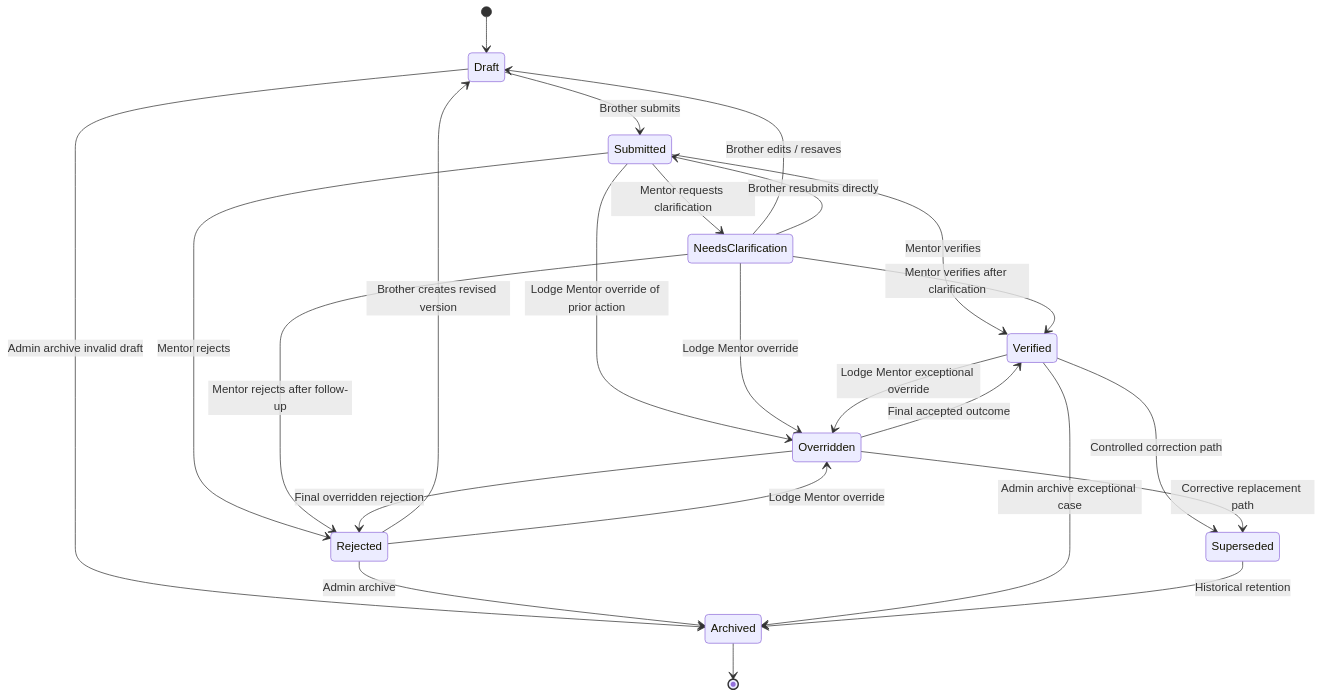
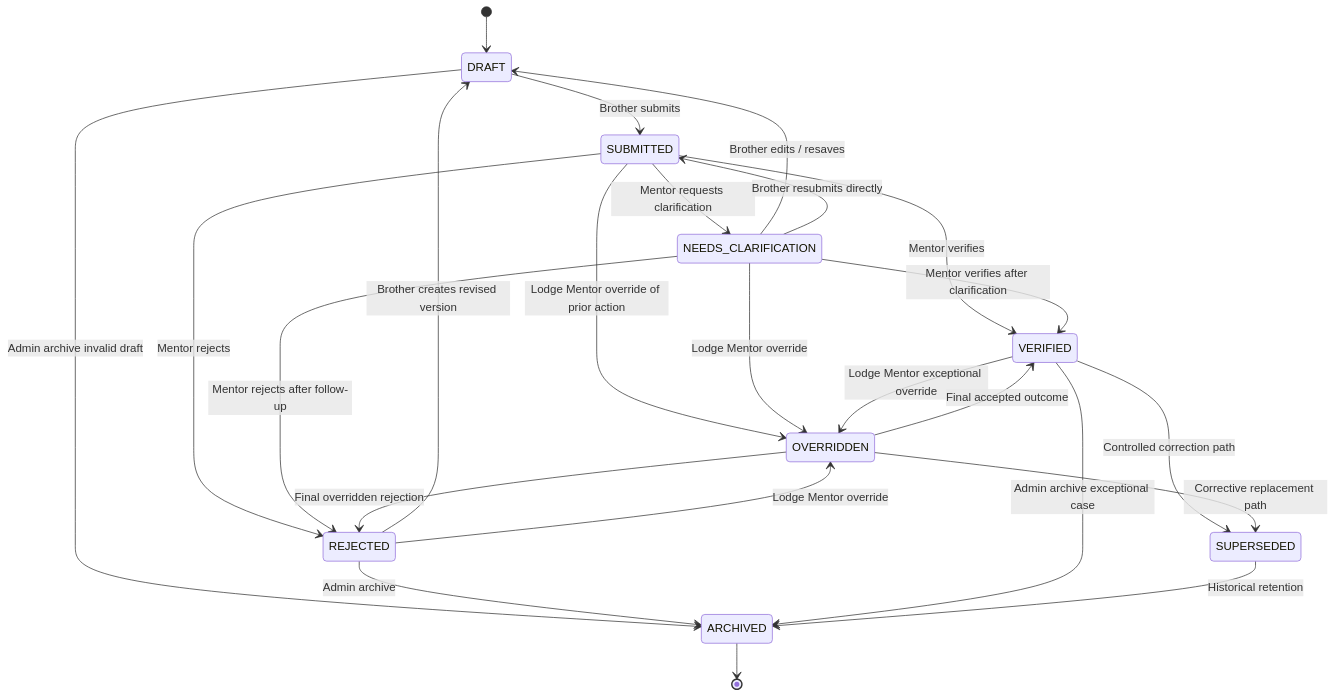
One commit to blackTieV2/DGLEA-Masonic-Passport changed the diagram in docs/02-architecture/DGLEA_Masonic_Passport_Verification_Workflow_State_Diagram_v1.md. Above: the diagram before and after it, drawn with Mermaid. The commit also changed other lines of this file and 9 other files, not shown here.

Commit message:
docs: freeze canonical naming across product, architecture, api, ux, and testing

````diff
--- a/docs/02-architecture/DGLEA_Masonic_Passport_Verification_Workflow_State_Diagram_v1.md
+++ b/docs/02-architecture/DGLEA_Masonic_Passport_Verification_Workflow_State_Diagram_v1.md
@@ -121,33 +121,33 @@
 ```mermaid
 stateDiagram-v2
-    [*] --> Draft
+    [*] --> DRAFT
 
-    Draft --> Submitted : Brother submits
-    Draft --> Archived : Admin archive invalid draft
+    DRAFT --> SUBMITTED : Brother submits
+    DRAFT --> ARCHIVED : Admin archive invalid draft
 
-    Submitted --> Verified : Mentor verifies
-    Submitted --> Rejected : Mentor rejects
-    Submitted --> NeedsClarification : Mentor requests clarification
-    Submitted --> Overridden : Lodge Mentor override of prior action
+    SUBMITTED --> VERIFIED : Mentor verifies
+    SUBMITTED --> REJECTED : Mentor rejects
+    SUBMITTED --> NEEDS_CLARIFICATION : Mentor requests clarification
+    SUBMITTED --> OVERRIDDEN : Lodge Mentor override of prior action
 
-    NeedsClarification --> Draft : Brother edits / resaves
-    NeedsClarification --> Submitted : Brother resubmits directly
-    NeedsClarification --> Rejected : Mentor rejects after follow-up
-    NeedsClarification --> Verified : Mentor verifies after clarification
-    NeedsClarification --> Overridden : Lodge Mentor override
+    NEEDS_CLARIFICATION --> DRAFT : Brother edits / resaves
+    NEEDS_CLARIFICATION --> SUBMITTED : Brother resubmits directly
+    NEEDS_CLARIFICATION --> REJECTED : Mentor rejects after follow-up
+    NEEDS_CLARIFICATION --> VERIFIED : Mentor verifies after clarification
+    NEEDS_CLARIFICATION --> OVERRIDDEN : Lodge Mentor override
 
-    Rejected --> Draft : Brother creates revised version
-    Rejected --> Archived : Admin archive
-    Rejected --> Overridden : Lodge Mentor override
+    REJECTED --> DRAFT : Brother creates revised version
+    REJECTED --> ARCHIVED : Admin archive
+    REJECTED --> OVERRIDDEN : Lodge Mentor override
 
-    Verified --> Superseded : Controlled correction path
-    Verified --> Archived : Admin archive exceptional case
-    Verified --> Overridden : Lodge Mentor exceptional override
+    VERIFIED --> SUPERSEDED : Controlled correction path
+    VERIFIED --> ARCHIVED : Admin archive exceptional case
+    VERIFIED --> OVERRIDDEN : Lodge Mentor exceptional override
 
-    Overridden --> Verified : Final accepted outcome
-    Overridden --> Rejected : Final overridden rejection
-    Overridden --> Superseded : Corrective replacement path
+    OVERRIDDEN --> VERIFIED : Final accepted outcome
+    OVERRIDDEN --> REJECTED : Final overridden rejection
+    OVERRIDDEN --> SUPERSEDED : Corrective replacement path
 
-    Superseded --> Archived : Historical retention
-    Archived --> [*]
+    SUPERSEDED --> ARCHIVED : Historical retention
+    ARCHIVED --> [*]
 ```
````
